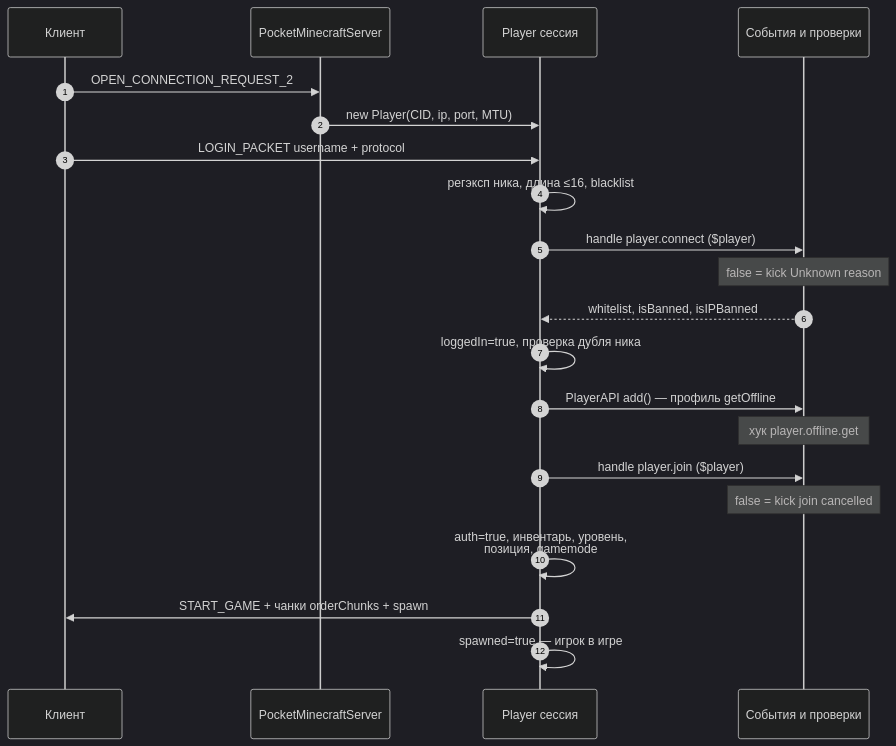
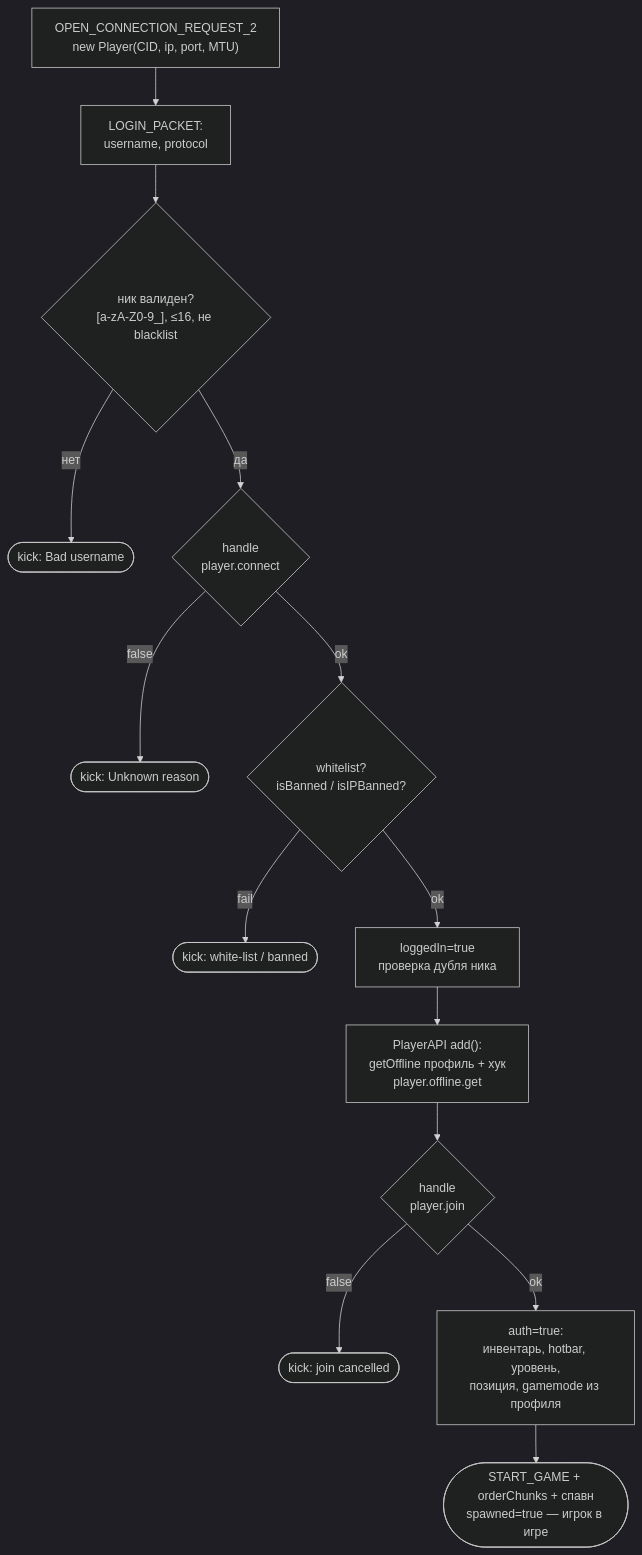
One commit to MineDg2665/WorldPECore changed the ninth of 9 diagrams in docs/01-introduction.md. Above: the diagram before and after it, drawn with Mermaid (dark theme). The commit also changed other lines of this file and 2 other files, not shown here.

Commit message:
docs diagrams fixed

````diff
--- a/docs/01-introduction.md
+++ b/docs/01-introduction.md
@@ -583,24 +550,16 @@
 ```mermaid
-sequenceDiagram
-    autonumber
-    participant C as Клиент
-    participant PMS as PocketMinecraftServer
-    participant P as Player сессия
-    participant EV as События и проверки
-
-    C->>PMS: OPEN_CONNECTION_REQUEST_2
-    PMS->>P: new Player(CID, ip, port, MTU)
-    C->>P: LOGIN_PACKET username + protocol
-    P->>P: регэксп ника, длина ≤16, blacklist
-    P->>EV: handle player.connect ($player)
-    Note over EV: false = kick Unknown reason
-    EV-->>P: whitelist, isBanned, isIPBanned
-    P->>P: loggedIn=true, проверка дубля ника
-    P->>EV: PlayerAPI add() — профиль getOffline
-    Note over EV: хук player.offline.get
-    P->>EV: handle player.join ($player)
-    Note over EV: false = kick join cancelled
-    P->>P: auth=true, инвентарь, уровень,<br/>позиция, gamemode
-    P->>C: START_GAME + чанки orderChunks + spawn
-    P->>P: spawned=true — игрок в игре
+flowchart TD
+    A["OPEN_CONNECTION_REQUEST_2<br/>new Player(CID, ip, port, MTU)"] --> B["LOGIN_PACKET:<br/>username, protocol"]
+    B --> C{"ник валиден?<br/>[a-zA-Z0-9_], ≤16, не blacklist"}
+    C -- "нет" --> K1(["kick: Bad username"])
+    C -- "да" --> D{"handle<br/>player.connect"}
+    D -- "false" --> K2(["kick: Unknown reason"])
+    D -- "ok" --> E{"whitelist?<br/>isBanned / isIPBanned?"}
+    E -- "fail" --> K3(["kick: white-list / banned"])
+    E -- "ok" --> F["loggedIn=true<br/>проверка дубля ника"]
+    F --> G["PlayerAPI add():<br/>getOffline профиль + хук<br/>player.offline.get"]
+    G --> H{"handle<br/>player.join"}
+    H -- "false" --> K4(["kick: join cancelled"])
+    H -- "ok" --> I["auth=true:<br/>инвентарь, hotbar, уровень,<br/>позиция, gamemode из профиля"]
+    I --> J(["START_GAME + orderChunks + спавн<br/>spawned=true — игрок в игре"])
 ```
````
